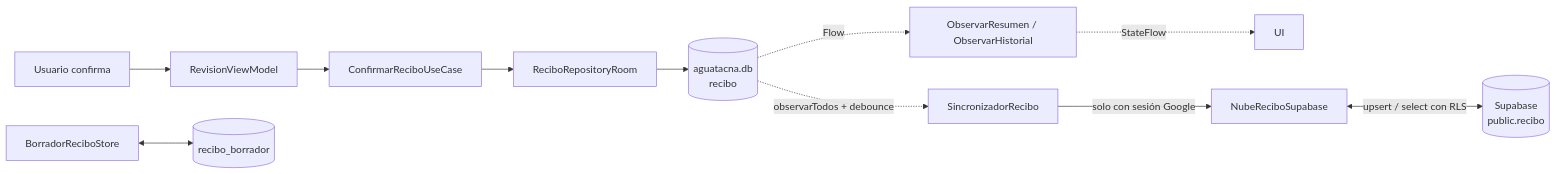
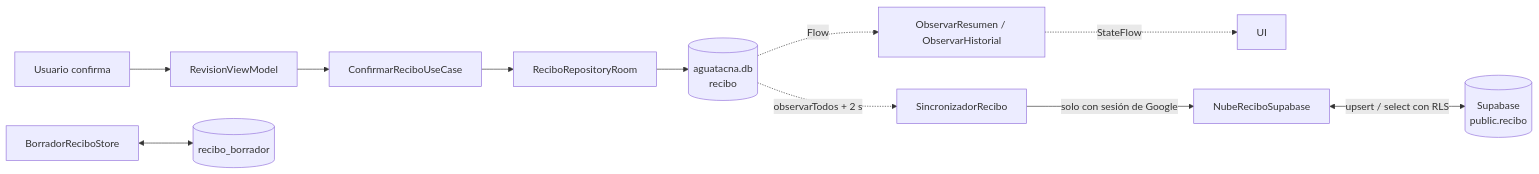
One commit to IkerASierraR/pruebas_antitodo changed the first of 10 diagrams in informacionRecibo.md. Above: the diagram before and after it, drawn with Mermaid. The commit also changed other lines of this file, not shown here.

````diff
--- a/informacionRecibo.md
+++ b/informacionRecibo.md
@@ -289,13 +378,13 @@
 ```mermaid
 flowchart LR
     A[Usuario confirma] --> B[RevisionViewModel]
     B --> C[ConfirmarReciboUseCase]
     C --> D[ReciboRepositoryRoom]
     D --> E[(aguatacna.db<br/>recibo)]
     E -. Flow .-> F[ObservarResumen / ObservarHistorial]
     F -. StateFlow .-> G[UI]
-    E -. observarTodos + debounce .-> S[SincronizadorRecibo]
-    S -->|solo con sesión Google| N[NubeReciboSupabase]
+    E -. observarTodos + 2 s .-> S[SincronizadorRecibo]
+    S -->|solo con sesión de Google| N[NubeReciboSupabase]
     N <-->|upsert / select con RLS| SUP[(Supabase<br/>public.recibo)]
     BS[BorradorReciboStore] <--> RB[(recibo_borrador)]
 ```
````
